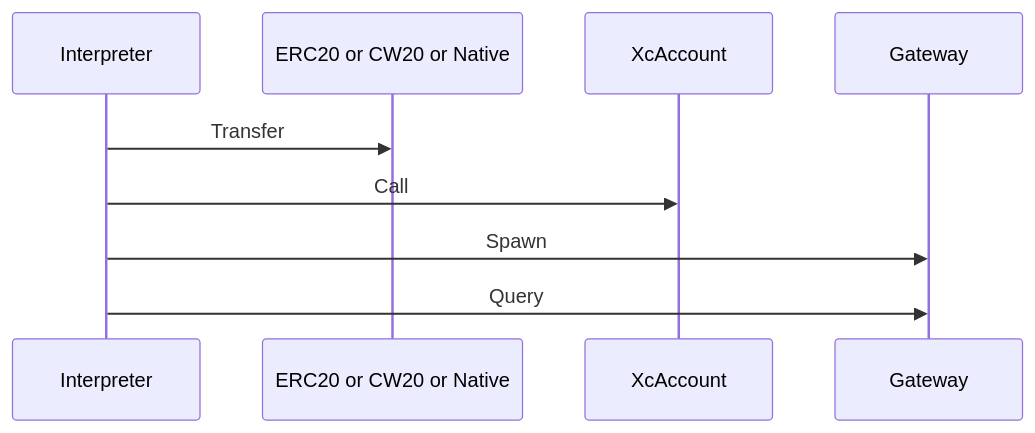
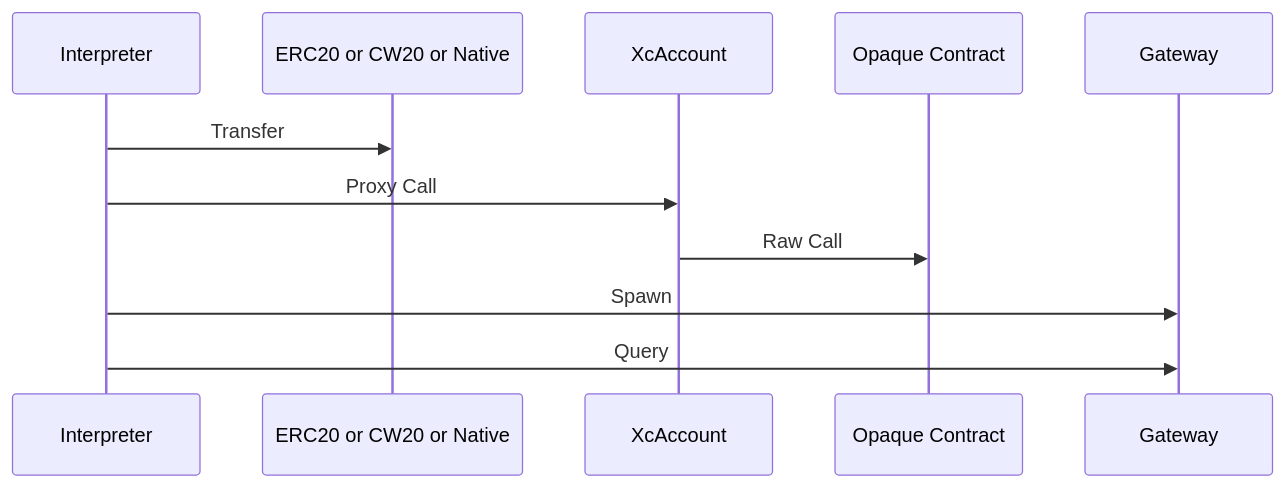
One commit to ComposableFi/composable changed the third of 4 diagrams in code/xcvm/SPEC.md. Above: the diagram before and after it, drawn with Mermaid. The commit also changed 3 other files, not shown here.

````diff
--- a/code/xcvm/SPEC.md
+++ b/code/xcvm/SPEC.md
@@ -225,7 +225,8 @@
 ```mermaid
 sequenceDiagram
     Interpreter->>ERC20 or CW20 or Native: Transfer
-    Interpreter->>XcAccount: Call
+    Interpreter->>XcAccount: Proxy Call
+    XcAccount->>Opaque Contract: Raw Call
     Interpreter->>Gateway: Spawn
     Interpreter->>Gateway: Query
 ```
````
